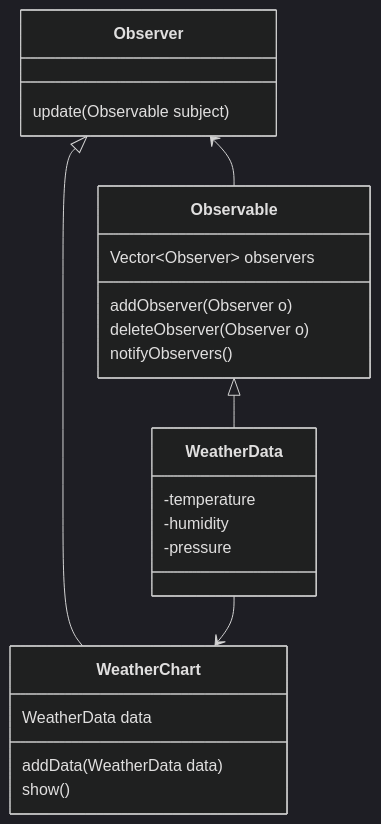
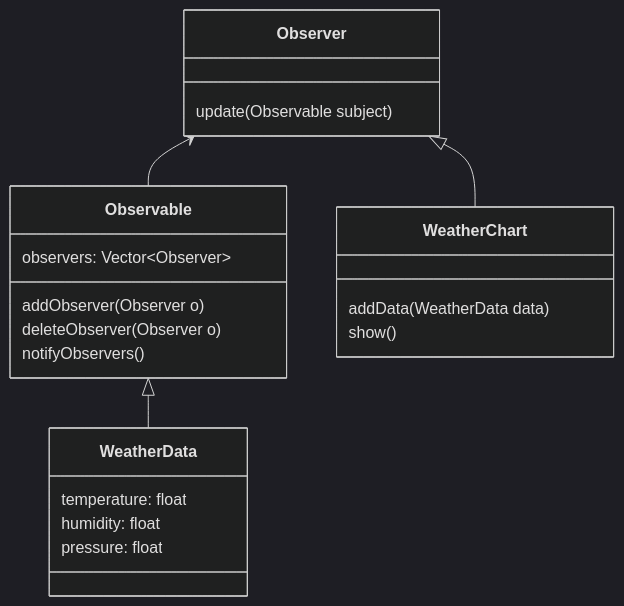
One commit to joonas-yoon/design-patterns-java changed the second of 3 diagrams in src/main/designpatterns/observer/README.md. Above: the diagram before and after it, drawn with Mermaid (dark theme). The commit also changed other lines of this file, not shown here.

Commit message:
docs(observer): fix diagram, add more example

````diff
--- a/src/main/designpatterns/observer/README.md
+++ b/src/main/designpatterns/observer/README.md
@@ -68,26 +68,24 @@
 ```mermaid
 classDiagram
     class Observer {
         update(Observable subject)
     }
     class Observable {
-        Vector&lt;Observer&gt; observers
+        observers: Vector&lt;Observer&gt;
         addObserver(Observer o)
         deleteObserver(Observer o)
         notifyObservers()
     }
     class WeatherData {
-        -temperature
-        -humidity
-        -pressure
+        temperature: float
+        humidity: float
+        pressure: float
     }
     class WeatherChart {
-        WeatherData data
         addData(WeatherData data)
         show()
     }
     Observer <-- Observable
     Observer <|-- WeatherChart
     Observable <|-- WeatherData
-    WeatherData --> WeatherChart
 ```
````
